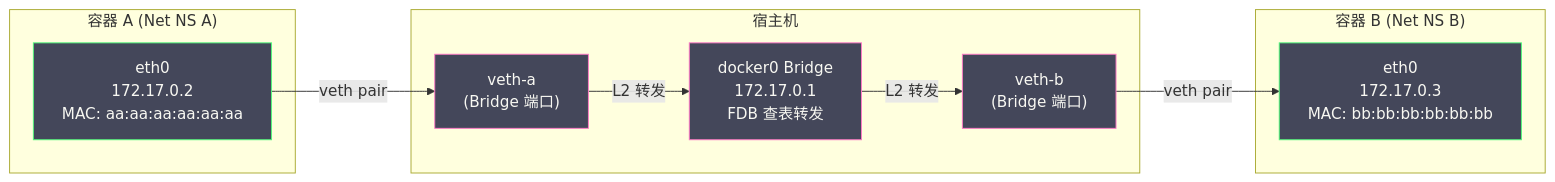
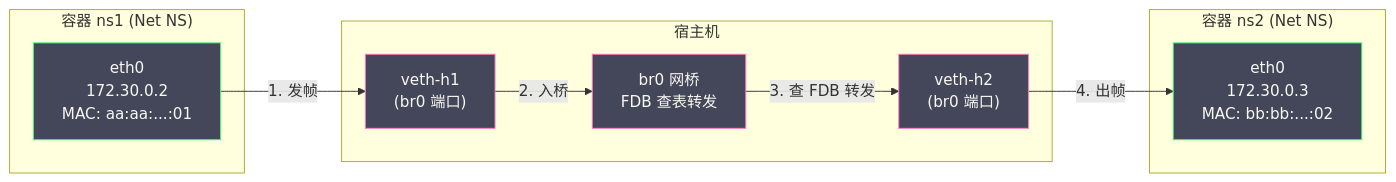
The second of 2 diagrams in content/云原生/Docker/05 容器网络原理.md (hpliStartAgain/my-brain), drawn with Mermaid before and after one commit. The commit also changed other lines of this file and 47 other files, not shown here.

````diff
--- a/content/云原生/Docker/05 容器网络原理.md
+++ b/content/云原生/Docker/05 容器网络原理.md
@@ -308,28 +302,26 @@
 ```mermaid
 %%{init: {'theme': 'dracula'}}%%
 graph LR
-    subgraph "容器 A (Net NS A)"
-        A_ETH["eth0</br>172.17.0.2</br>MAC: aa:aa:aa:aa:aa:aa"]
+    subgraph "容器 ns1 (Net NS)"
+        A["eth0<br>172.30.0.2<br>MAC: aa:aa:...:01"]
     end
-    
     subgraph "宿主机"
-        VA["veth-a</br>(Bridge 端口)"]
-        BR["docker0 Bridge</br>172.17.0.1</br>FDB 查表转发"]
-        VB["veth-b</br>(Bridge 端口)"]
+        V1["veth-h1<br>(br0 端口)"]
+        BR["br0 网桥<br>FDB 查表转发"]
+        V2["veth-h2<br>(br0 端口)"]
+    end
+    subgraph "容器 ns2 (Net NS)"
+        B["eth0<br>172.30.0.3<br>MAC: bb:bb:...:02"]
     end
 
-    subgraph "容器 B (Net NS B)"
-        B_ETH["eth0</br>172.17.0.3</br>MAC: bb:bb:bb:bb:bb:bb"]
-    end
-
-    A_ETH -->|"veth pair"| VA
-    VA -->|"L2 转发"| BR
-    BR -->|"L2 转发"| VB
-    VB -->|"veth pair"| B_ETH
+    A -->|"1. 发帧"| V1
+    V1 -->|"2. 入桥"| BR
+    BR -->|"3. 查 FDB 转发"| V2
+    V2 -->|"4. 出帧"| B
 
     classDef container fill:#44475a,stroke:#50fa7b,color:#f8f8f2
     classDef host fill:#44475a,stroke:#ff79c6,color:#f8f8f2
 
-    class A_ETH,B_ETH container
-    class VA,BR,VB host
+    class A,B container
+    class V1,BR,V2 host
 ```
````
